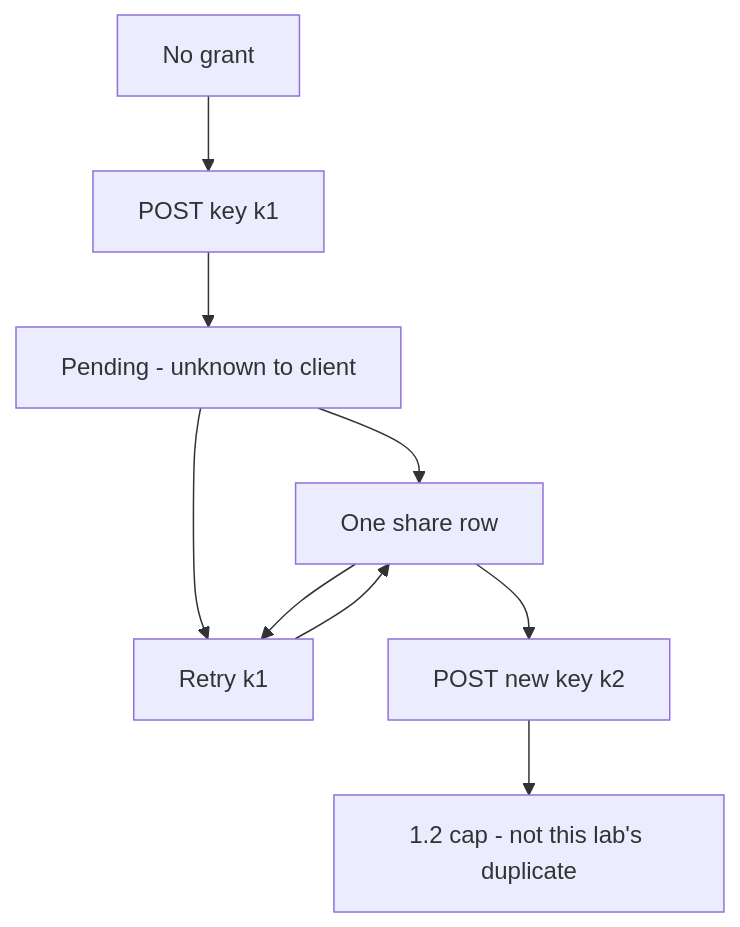
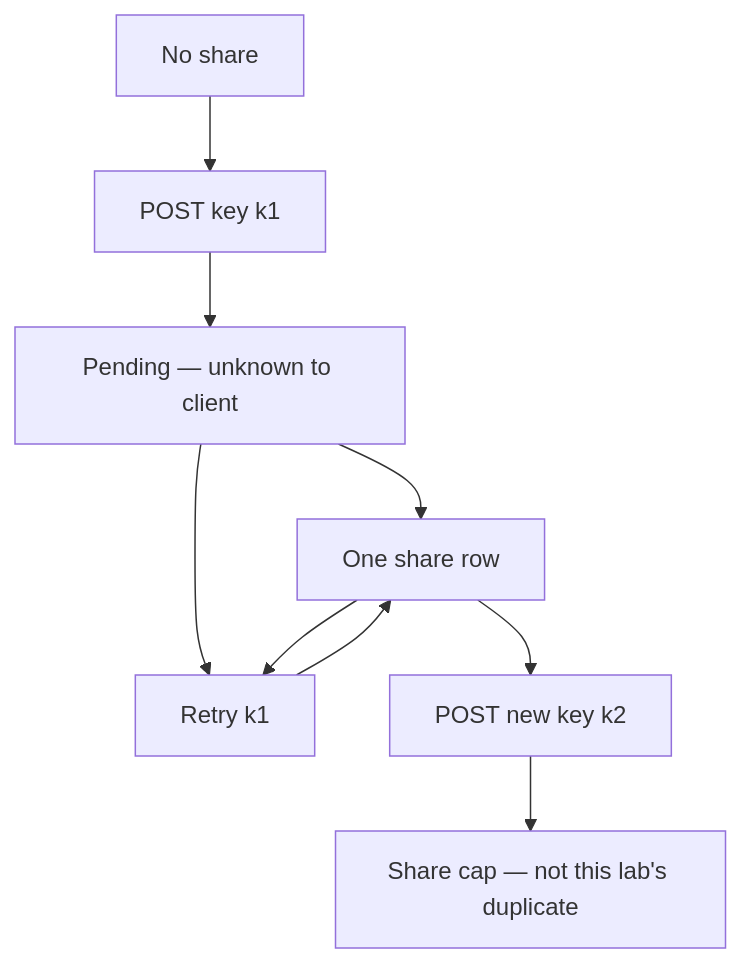
One commit to ishitvagoel/LearnSecurity changed the diagram in content/modules/2/2.4/lessons/02-model.md. Above: the diagram before and after it, drawn with Mermaid. The commit also changed other lines of this file and 7 other files, not shown here.

````diff
--- a/content/modules/2/2.4/lessons/02-model.md
+++ b/content/modules/2/2.4/lessons/02-model.md
@@ -15,11 +14,11 @@
 ```mermaid
 flowchart TD
-  Idle[No grant] --> Post["POST key k1"]
-  Post --> Pending[Pending - unknown to client]
+  Idle[No share] --> Post["POST key k1"]
+  Post --> Pending[Pending — unknown to client]
   Pending --> Shared["One share row"]
   Pending --> RetrySame["Retry k1"]
   RetrySame --> Shared
   Shared --> RetrySame
   Shared --> NewKey["POST new key k2"]
-  NewKey --> Policy["1.2 cap - not this lab's duplicate"]
+  NewKey --> Policy["Share cap — not this lab's duplicate"]
 ```
````
